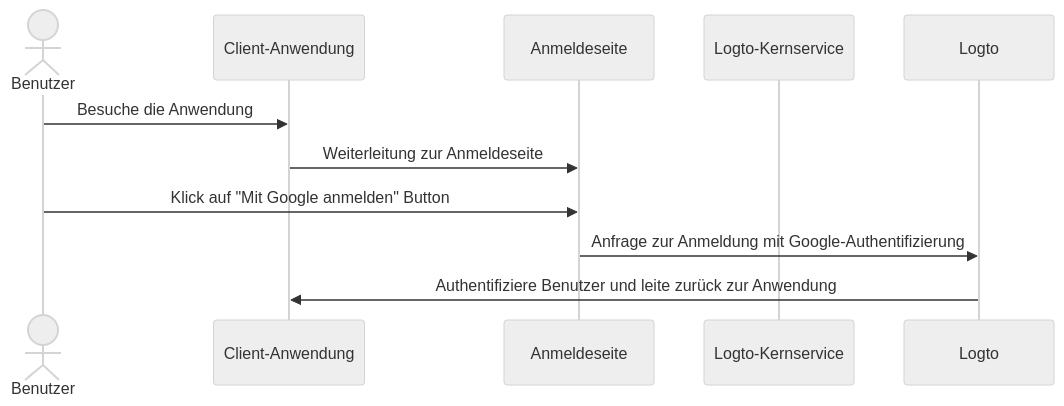
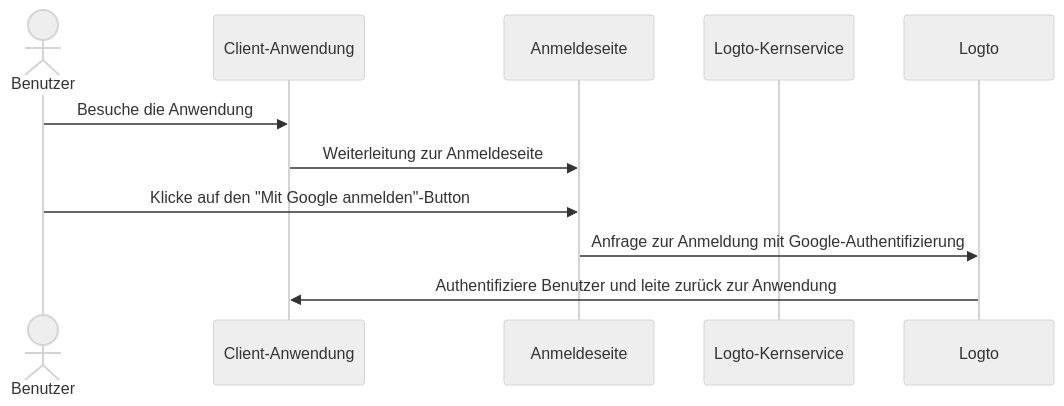
The second of 6 diagrams in i18n/de/docusaurus-plugin-content-docs/current/end-user-flows/sign-up-and-sign-in/social-sign-in.mdx (logto-io/docs), drawn with Mermaid (neutral theme) before and after one commit. The commit also changed other lines of this file and 407 other files, not shown here.

````diff
--- a/i18n/de/docusaurus-plugin-content-docs/current/end-user-flows/sign-up-and-sign-in/social-sign-in.mdx
+++ b/i18n/de/docusaurus-plugin-content-docs/current/end-user-flows/sign-up-and-sign-in/social-sign-in.mdx
@@ -72,13 +72,13 @@
 ```mermaid
 sequenceDiagram
 actor user as Benutzer
     participant app as Client-Anwendung
     participant experience as Anmeldeseite
     participant logto as Logto-Kernservice
 
     user->>app: Besuche die Anwendung
     app->>experience: Weiterleitung zur Anmeldeseite
-    user->>experience: Klick auf "Mit Google anmelden" Button
+    user->>experience: Klicke auf den "Mit Google anmelden"-Button
     experience->>Logto: Anfrage zur Anmeldung mit Google-Authentifizierung
     Logto->>app: Authentifiziere Benutzer und leite zurück zur Anwendung
 ```
````
